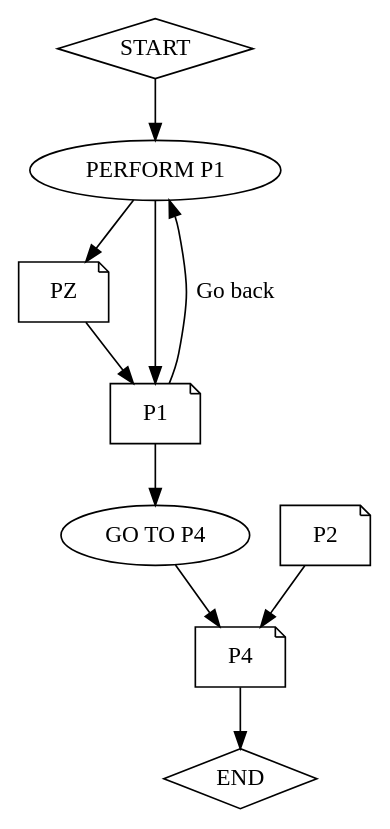
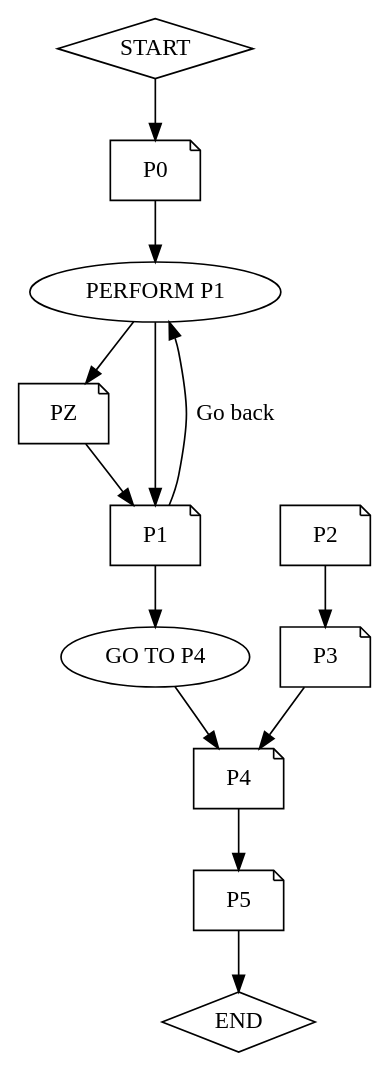
Before and after one commit to CelineDknp/SemiParsingCFG: the diagram in perform_broken_goto_test_file.COB.gv, drawn with Graphviz. The commit also changed 6 other files, not shown here.

```diff
--- a/perform_broken_goto_test_file.COB.gv
+++ b/perform_broken_goto_test_file.COB.gv
@@ -1,27 +1,36 @@
 digraph "perform_broken_goto_test_file.COB" {
 	node [shape=diamond]
 	9 [label=START]
+	node [shape=note]
+	0 [label=P0]
 	node [shape=ellipse]
 	1 [label="PERFORM P1"]
 	node [shape=note]
 	2 [label=PZ]
 	node [shape=note]
 	3 [label=P1]
 	node [shape=ellipse]
 	4 [label="GO TO P4"]
 	node [shape=note]
 	5 [label=P2]
 	node [shape=note]
+	6 [label=P3]
+	node [shape=note]
 	7 [label=P4]
+	node [shape=note]
+	8 [label=P5]
 	node [shape=diamond]
 	10 [label=END]
-	9 -> 1
+	9 -> 0
+	0 -> 1
 	1 -> 2
 	1 -> 3
 	3 -> 1 [label="Go back"]
 	2 -> 3
 	3 -> 4
 	4 -> 7
-	5 -> 7
-	7 -> 10
+	5 -> 6
+	6 -> 7
+	7 -> 8
+	8 -> 10
 }
```
